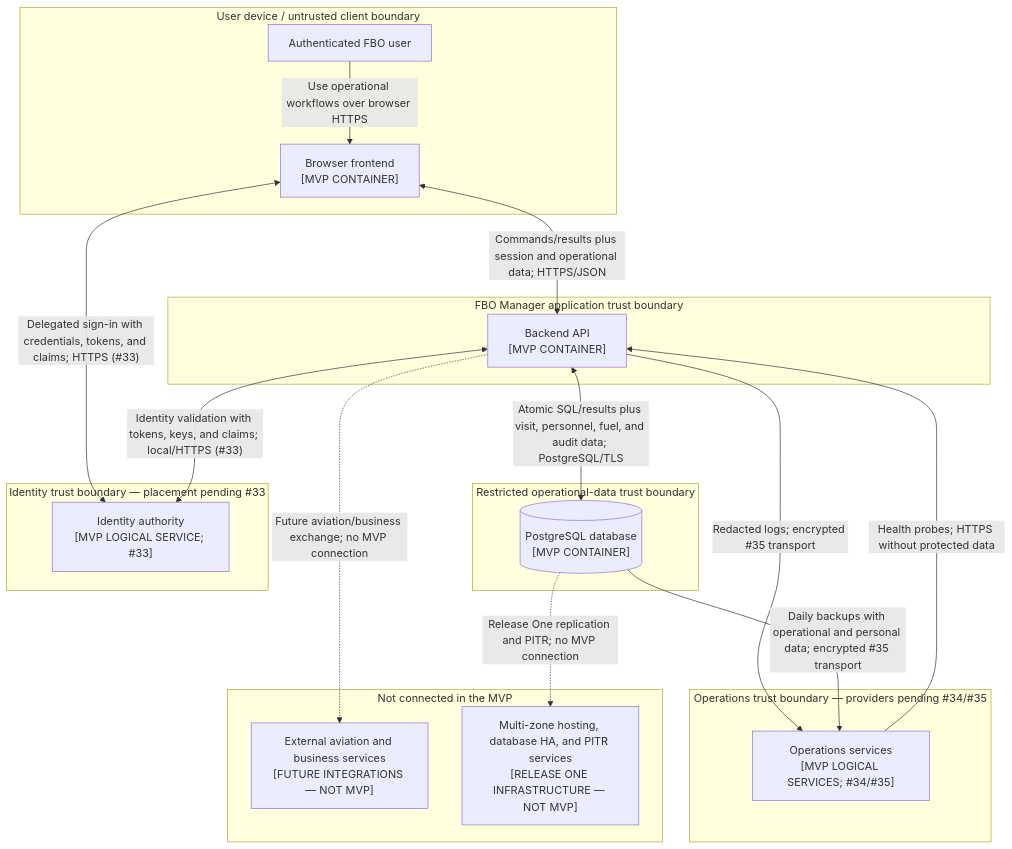
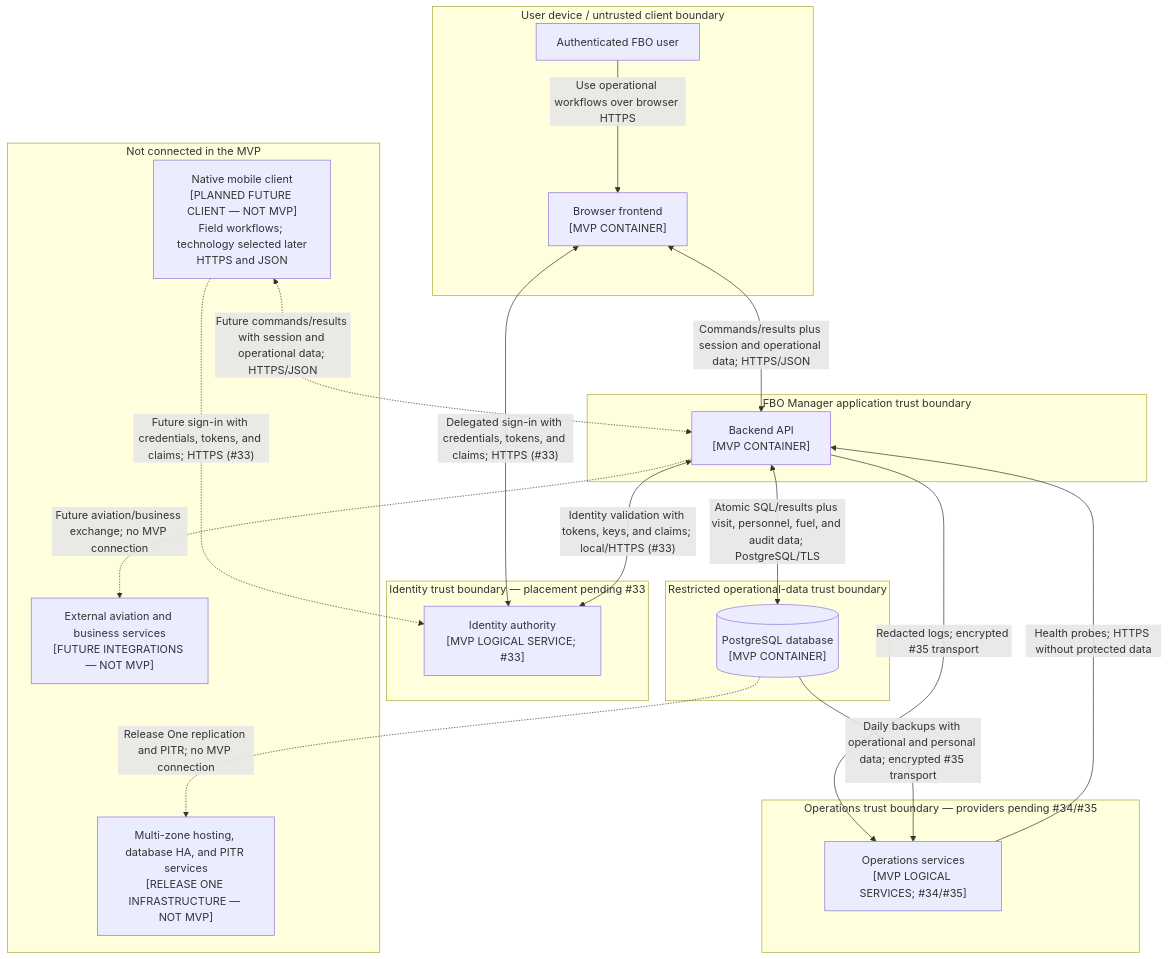
Before and after one commit to ecillie/FBO_Manager: the second of 2 diagrams in docs/architecture.md, drawn with Mermaid. The commit also changed other lines of this file and 6 other files, not shown here.

````diff
--- a/docs/architecture.md
+++ b/docs/architecture.md
@@ -78,39 +80,42 @@
 ```mermaid
 flowchart TB
     subgraph deviceBoundary["User device / untrusted client boundary"]
         staff["Authenticated FBO user"]
         frontend["Browser frontend<br/>[MVP CONTAINER]"]
     end
 
     subgraph applicationBoundary["FBO Manager application trust boundary"]
         backend["Backend API<br/>[MVP CONTAINER]"]
     end
 
     subgraph dataBoundary["Restricted operational-data trust boundary"]
         database[("PostgreSQL database<br/>[MVP CONTAINER]")]
     end
 
     subgraph identityBoundary["Identity trust boundary — placement pending #33"]
         identityService["Identity authority<br/>[MVP LOGICAL SERVICE; #33]"]
     end
 
     subgraph operationsBoundary["Operations trust boundary — providers pending #34/#35"]
         operationsService["Operations services<br/>[MVP LOGICAL SERVICES; #34/#35]"]
     end
 
     subgraph notMvp["Not connected in the MVP"]
+        nativeMobile["Native mobile client<br/>[PLANNED FUTURE CLIENT — NOT MVP]<br/>Field workflows; technology selected later<br/>HTTPS and JSON"]
         futureServices["External aviation and business services<br/>[FUTURE INTEGRATIONS — NOT MVP]"]
         releaseOneServices["Multi-zone hosting, database HA, and PITR services<br/>[RELEASE ONE INFRASTRUCTURE — NOT MVP]"]
     end
 
     staff -->|"Use operational workflows over browser HTTPS"| frontend
     frontend <-->|"Commands/results plus session and operational data; HTTPS/JSON"| backend
     backend <-->|"Atomic SQL/results plus visit, personnel, fuel, and audit data; PostgreSQL/TLS"| database
     frontend <-->|"Delegated sign-in with credentials, tokens, and claims; HTTPS (#33)"| identityService
     backend <-->|"Identity validation with tokens, keys, and claims; local/HTTPS (#33)"| identityService
     operationsService -->|"Health probes; HTTPS without protected data"| backend
     backend -->|"Redacted logs; encrypted #35 transport"| operationsService
     database -->|"Daily backups with operational and personal data; encrypted #35 transport"| operationsService
+    nativeMobile <-.->|"Future commands/results with session and operational data; HTTPS/JSON"| backend
+    nativeMobile -.->|"Future sign-in with credentials, tokens, and claims; HTTPS (#33)"| identityService
     backend -.->|"Future aviation/business exchange; no MVP connection"| futureServices
     database -.->|"Release One replication and PITR; no MVP connection"| releaseOneServices
 ```
````
